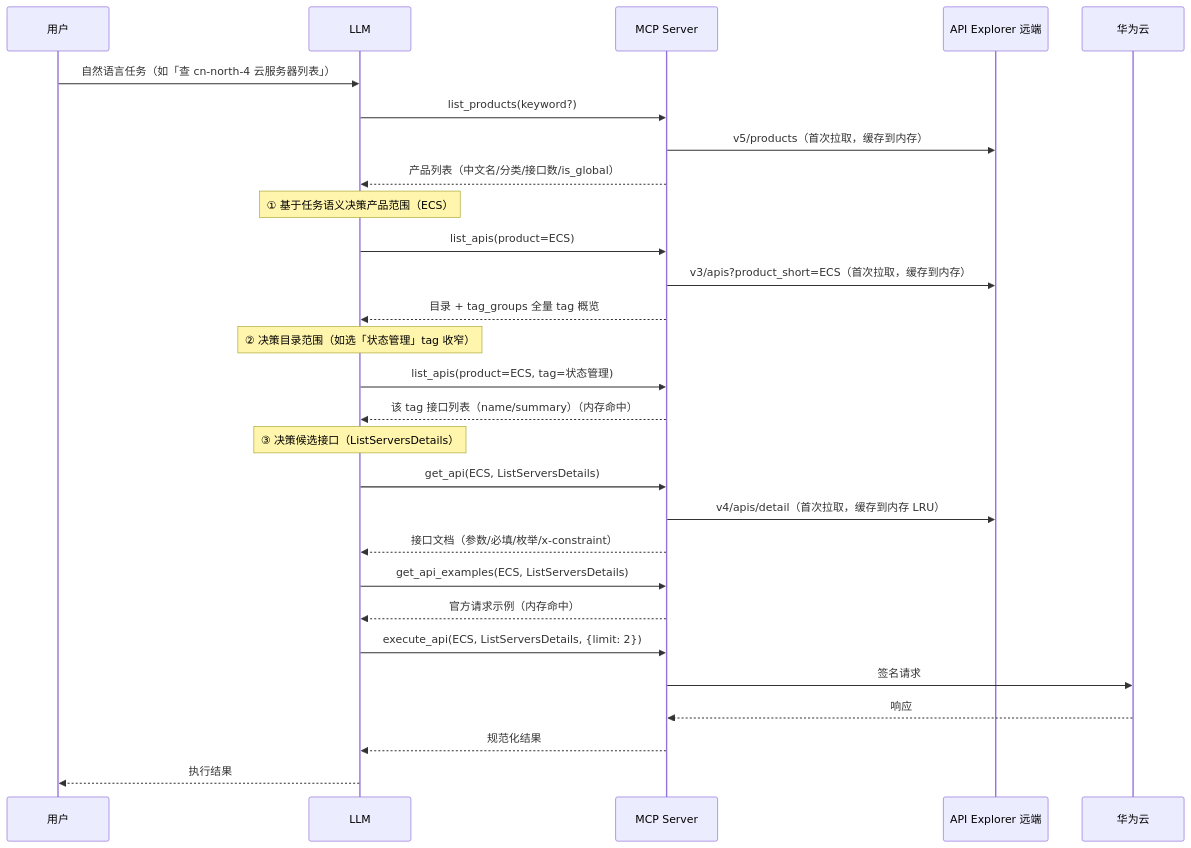
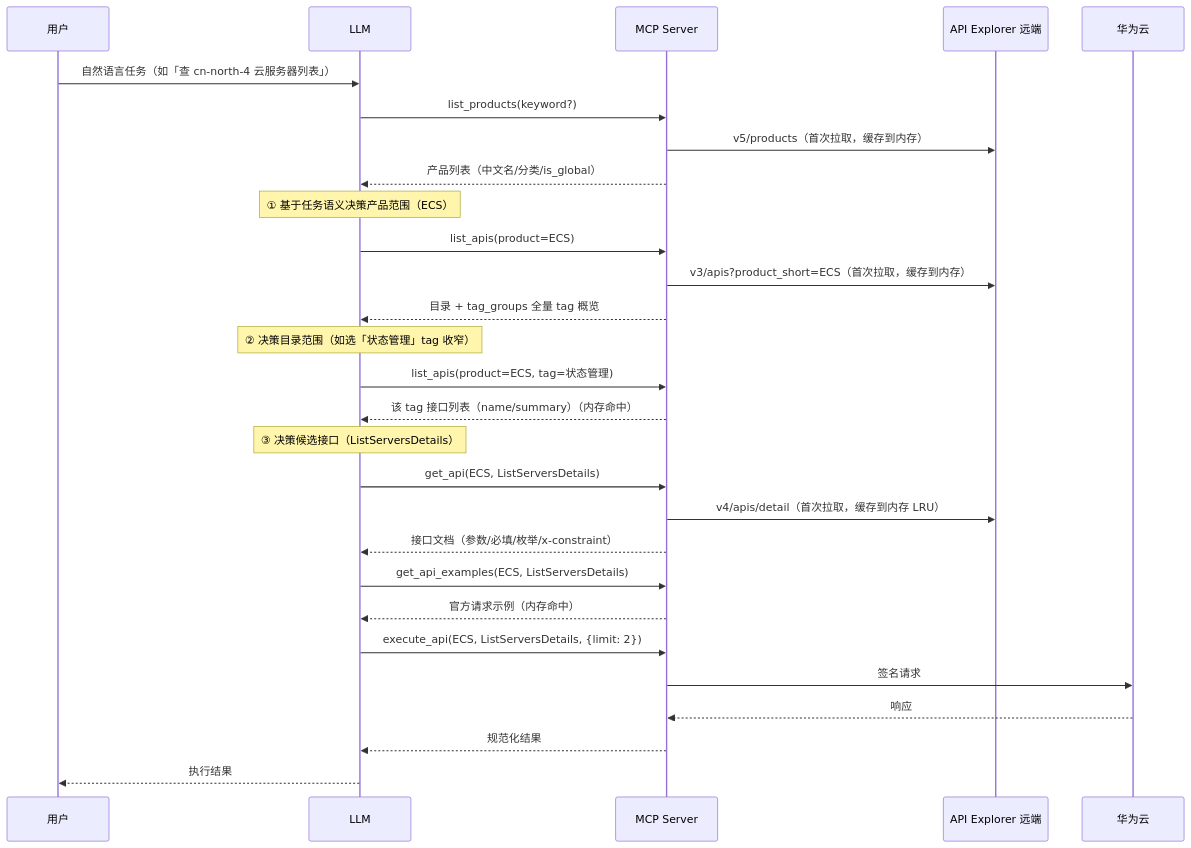
One commit to huaweicloud-mate/huaweicloud-open-mcp changed the first of 7 diagrams in docs/mcp-openapi.md. Above: the diagram before and after it, drawn with Mermaid. The commit also changed 9 other files, not shown here.

````diff
--- a/docs/mcp-openapi.md
+++ b/docs/mcp-openapi.md
@@ -17,31 +17,31 @@
 ```mermaid
 sequenceDiagram
     participant U as 用户
     participant L as LLM
     participant M as MCP Server
     participant C as API Explorer 远端
     participant H as 华为云
 
     U->>L: 自然语言任务（如「查 cn-north-4 云服务器列表」）
     L->>M: list_products(keyword?)
     M->>C: v5/products（首次拉取，缓存到内存）
-    M-->>L: 产品列表（中文名/分类/接口数/is_global）
+    M-->>L: 产品列表（中文名/分类/is_global）
     Note over L: ① 基于任务语义决策产品范围（ECS）
     L->>M: list_apis(product=ECS)
     M->>C: v3/apis?product_short=ECS（首次拉取，缓存到内存）
     M-->>L: 目录 + tag_groups 全量 tag 概览
     Note over L: ② 决策目录范围（如选「状态管理」tag 收窄）
     L->>M: list_apis(product=ECS, tag=状态管理)
     M-->>L: 该 tag 接口列表（name/summary）（内存命中）
     Note over L: ③ 决策候选接口（ListServersDetails）
     L->>M: get_api(ECS, ListServersDetails)
     M->>C: v4/apis/detail（首次拉取，缓存到内存 LRU）
     M-->>L: 接口文档（参数/必填/枚举/x-constraint）
     L->>M: get_api_examples(ECS, ListServersDetails)
     M-->>L: 官方请求示例（内存命中）
     L->>M: execute_api(ECS, ListServersDetails, {limit: 2})
     M->>H: 签名请求
     H-->>M: 响应
     M-->>L: 规范化结果
     L-->>U: 执行结果
 ```
````
